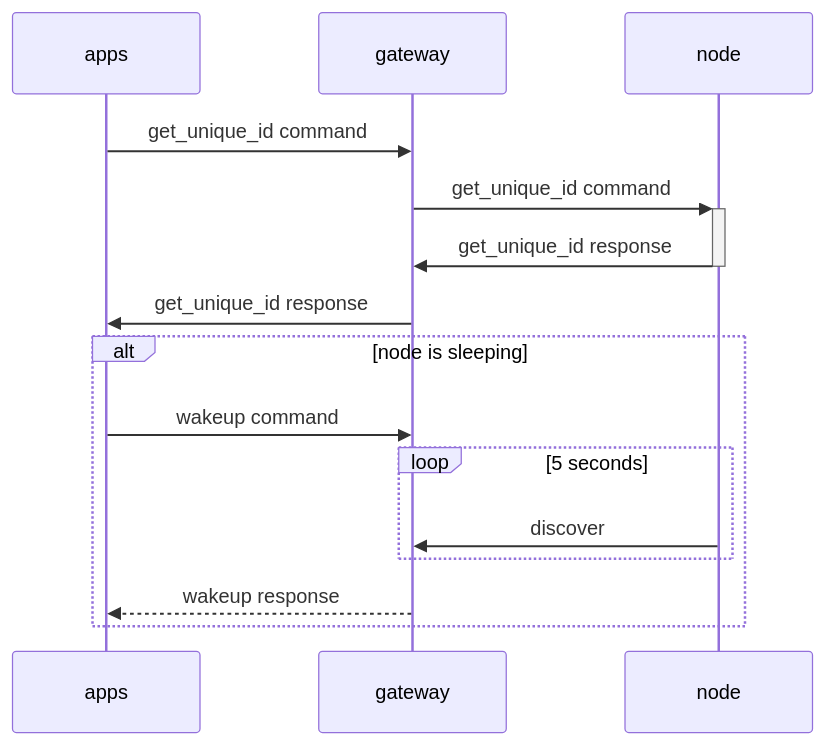
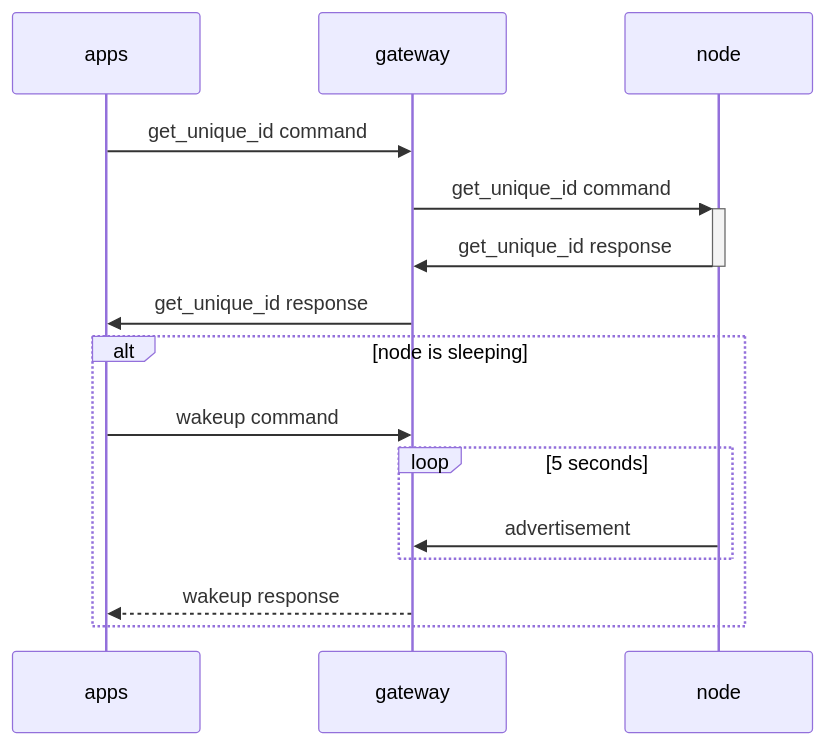
Before and after one commit to LarsIndresaeter/radio-arduino: the diagram in doc/explanation/interface/wakeup.md, drawn with Mermaid. The commit also changed other lines of this file and 5 other files, not shown here.

````diff
--- a/doc/explanation/interface/wakeup.md
+++ b/doc/explanation/interface/wakeup.md
@@ -11,17 +11,17 @@
 ```mermaid
 sequenceDiagram
     participant a as apps
     participant g as gateway
     participant n as node
     a->>g: get_unique_id command
     g->>+n: get_unique_id command
     n->>-g: get_unique_id response
     g->>a: get_unique_id response
     alt node is sleeping
         a->>g: wakeup command
         loop 5 seconds
-            n->>g: discover
+            n->>g: advertisement
         end
         g-->>a: wakeup response
     end
 ```
````
